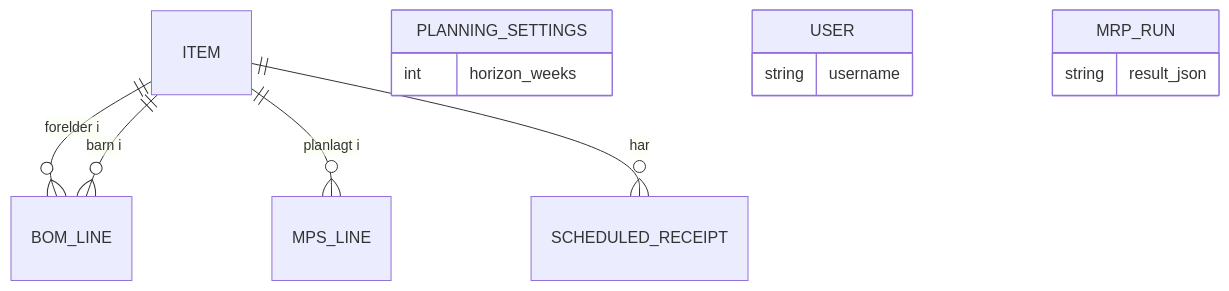
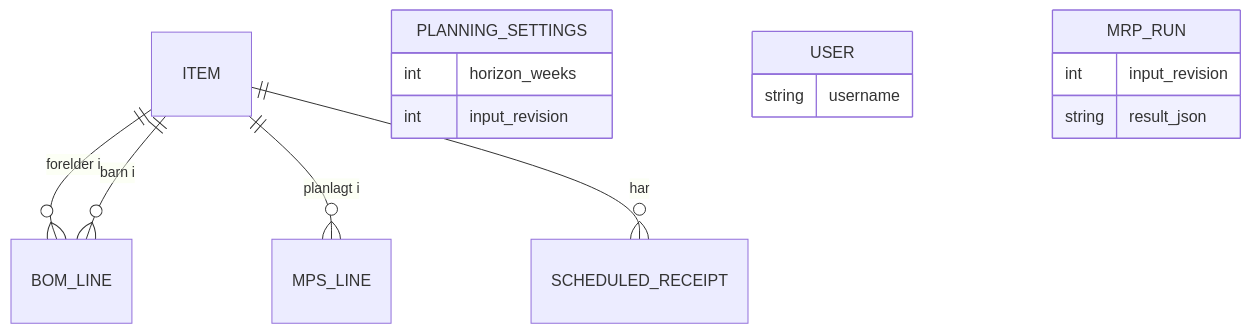
The second of 3 diagrams in _bmad-output/planning-artifacts/architecture/architecture-Red Ball Express-2026-11-24/ARCHITECTURE-SPINE.md (IBE160-2026/G31-navelsaker), drawn with Mermaid before and after one commit. The commit also changed other lines of this file and 1 other file, not shown here.

````diff
--- a/_bmad-output/planning-artifacts/architecture/architecture-Red Ball Express-2026-11-24/ARCHITECTURE-SPINE.md
+++ b/_bmad-output/planning-artifacts/architecture/architecture-Red Ball Express-2026-11-24/ARCHITECTURE-SPINE.md
@@ -199,16 +201,18 @@
 ```mermaid
 erDiagram
   ITEM ||--o{ BOM_LINE : "forelder i"
   ITEM ||--o{ BOM_LINE : "barn i"
   ITEM ||--o{ MPS_LINE : "planlagt i"
   ITEM ||--o{ SCHEDULED_RECEIPT : "har"
   PLANNING_SETTINGS {
     int horizon_weeks
+    int input_revision
   }
   USER {
     string username
   }
   MRP_RUN {
+    int input_revision
     string result_json
   }
 ```
````
